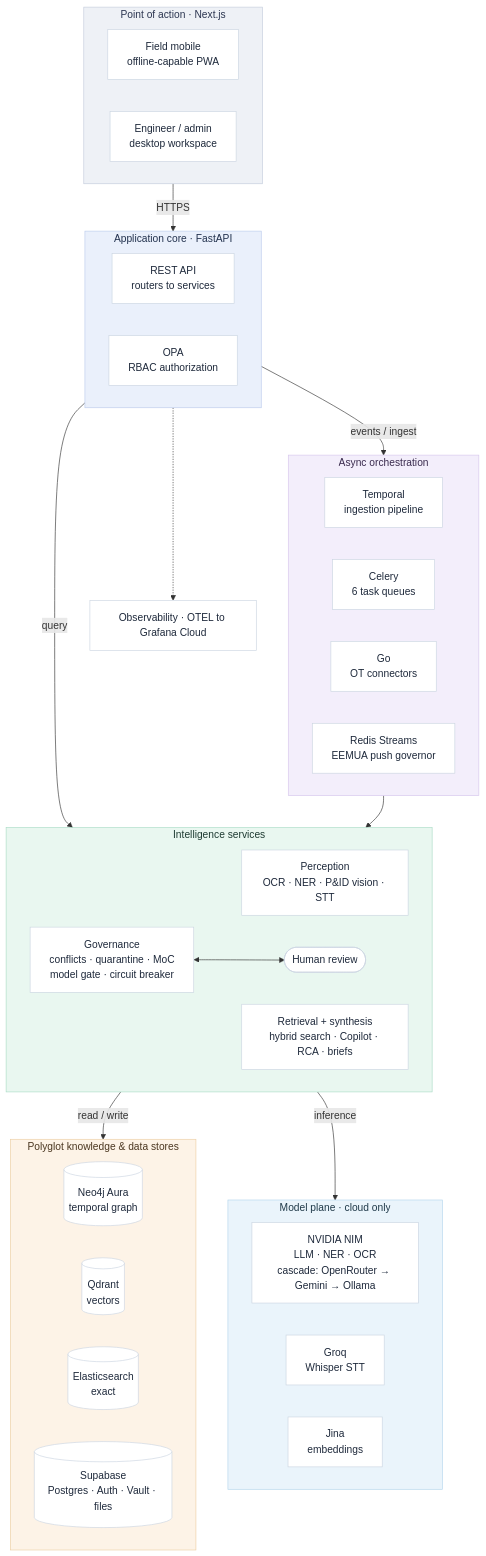
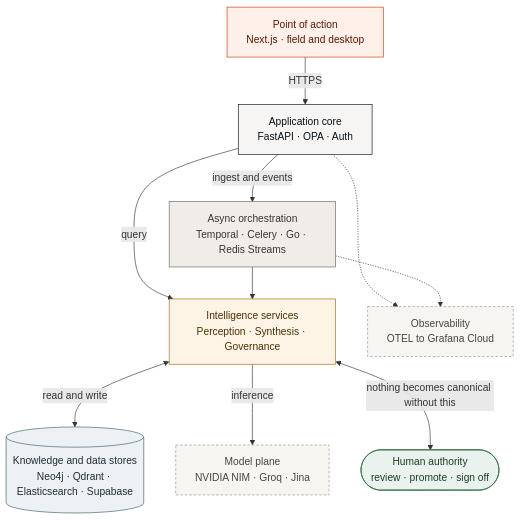
Before and after one commit to kr1shnasomani/kairos: the diagram in README.md, drawn with Mermaid. The commit also changed 30 other files, not shown here.

````diff
--- a/README.md
+++ b/README.md
@@ -55,80 +55,37 @@
 ```mermaid
----
-config:
-  layout: dagre
----
 flowchart TB
- subgraph CLIENT["Point of action · Next.js"]
-    direction LR
-        FE1["Field mobile<br>offline-capable PWA"]
-        FE2["Engineer / admin<br>desktop workspace"]
-  end
- subgraph CORE["Application core · FastAPI"]
-    direction LR
-        API["REST API<br>routers to services"]
-        OPA["OPA<br>RBAC authorization"]
-  end
- subgraph ORCH["Async orchestration"]
-    direction LR
-        TMP["Temporal<br>ingestion pipeline"]
-        CEL["Celery<br>6 task queues"]
-        GO["Go<br>OT connectors"]
-        BUS["Redis Streams<br>EEMUA push governor"]
-  end
- subgraph SVC["Intelligence services"]
-    direction LR
-        PERC["Perception<br>OCR · NER · P&amp;ID vision · STT"]
-        SYN["Retrieval + synthesis<br>hybrid search · Copilot · RCA · briefs"]
-        GOVN["Governance<br>conflicts · quarantine · MoC<br>model gate · circuit breaker"]
-        HUM(["Human review"])
-  end
- subgraph DATA["Polyglot knowledge & data stores"]
-    direction LR
-        NEO[("Neo4j Aura<br>temporal graph")]
-        QD[("Qdrant<br>vectors")]
-        ES[("Elasticsearch<br>exact")]
-        SUPA[("Supabase<br>Postgres · Auth · Vault · files")]
-  end
- subgraph EXT["Model plane · cloud only"]
-    direction LR
-        NIM["NVIDIA NIM<br>LLM · NER · OCR<br>cascade: OpenRouter → Gemini → Ollama"]
-        GROQ["Groq<br>Whisper STT"]
-        JINA["Jina<br>embeddings"]
-  end
-    CLIENT -- HTTPS --> CORE
-    CORE -- events / ingest --> ORCH
-    CORE -- query --> SVC
+    CLIENT["Point of action<br/>Next.js · field and desktop"]
+    CORE["Application core<br/>FastAPI · OPA · Auth"]
+    ORCH["Async orchestration<br/>Temporal · Celery · Go · Redis Streams"]
+    SVC["Intelligence services<br/>Perception · Synthesis · Governance"]
+    DATA[("Knowledge and data stores<br/>Neo4j · Qdrant · Elasticsearch · Supabase")]
+    EXT["Model plane<br/>NVIDIA NIM · Groq · Jina"]
+    HUM(["Human authority<br/>review · promote · sign off"])
+    OBS["Observability<br/>OTEL to Grafana Cloud"]
+
+    CLIENT -->|HTTPS| CORE
+    CORE -->|ingest and events| ORCH
+    CORE -->|query| SVC
     ORCH --> SVC
-    SVC -- read / write --> DATA
-    SVC -- inference --> EXT
-    GOVN <--> HUM
-    CORE -.-> OBS["Observability · OTEL to Grafana Cloud"]
+    SVC <-->|read and write| DATA
+    SVC -->|inference| EXT
+    SVC <-->|nothing becomes canonical without this| HUM
+    CORE -.-> OBS
+    ORCH -.-> OBS
 
-     FE1:::box
-     FE2:::box
-     API:::box
-     OPA:::box
-     TMP:::box
-     CEL:::box
-     GO:::box
-     BUS:::box
-     PERC:::box
-     SYN:::box
-     GOVN:::box
-     HUM:::box
-     NEO:::box
-     QD:::box
-     ES:::box
-     SUPA:::box
-     NIM:::box
-     GROQ:::box
-     JINA:::box
-     OBS:::box
-    classDef box fill:#ffffff,stroke:#cbd5e1,color:#1e293b
-    style CLIENT fill:#eef1f6,stroke:#c3ccdb,color:#2b3550
-    style CORE fill:#eaf0fb,stroke:#bcccec,color:#23324e
-    style ORCH fill:#f3eefb,stroke:#d6c6ec,color:#3a2b4e
-    style SVC fill:#e9f7f0,stroke:#aadcc6,color:#1e3b32
-    style DATA fill:#fdf3e7,stroke:#eccfa4,color:#4a3620
-    style EXT fill:#eaf4fb,stroke:#b3d5ec,color:#1f3949
+    classDef edge fill:#fff1ea,stroke:#d93400,color:#5c1600
+    classDef core fill:#f6f5f3,stroke:#0b1015,color:#0b1015
+    classDef work fill:#f0ede8,stroke:#6b6259,color:#3a342d
+    classDef think fill:#fdf4e6,stroke:#a66a00,color:#4a3000
+    classDef store fill:#edf1f4,stroke:#3e5c6b,color:#1e2e36
+    classDef ext fill:#f7f5f2,stroke:#9a9086,color:#4a443d,stroke-dasharray:4 3
+    classDef human fill:#e9f2ec,stroke:#2f6b3e,color:#1b3f25
+    class CLIENT edge
+    class CORE core
+    class ORCH work
+    class SVC think
+    class DATA store
+    class EXT ext
+    class HUM human
+    class OBS ext
 ```
````
